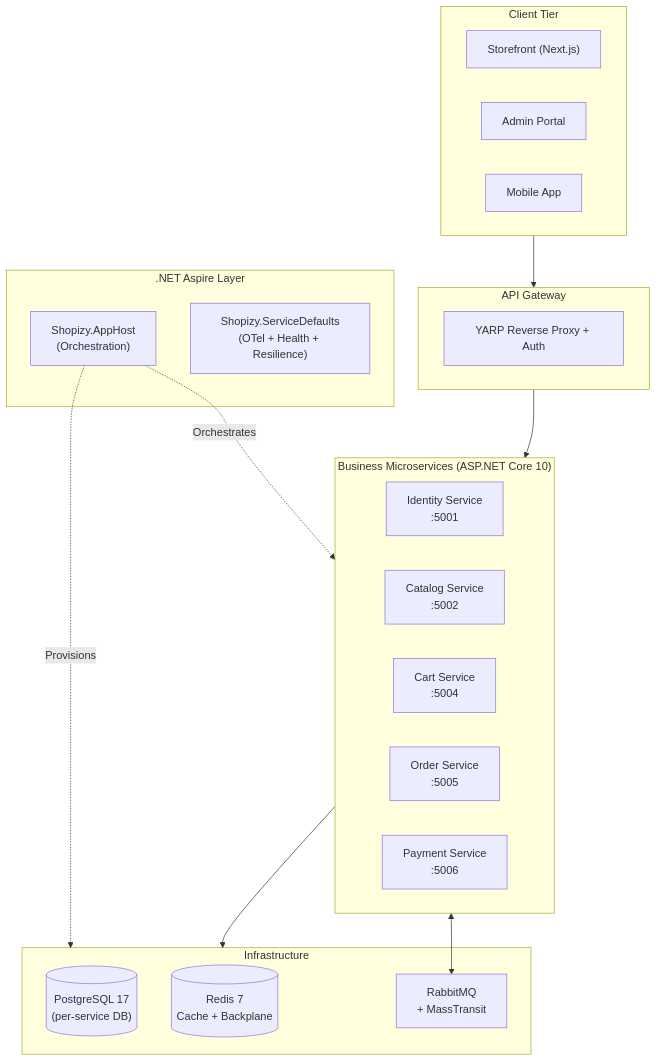
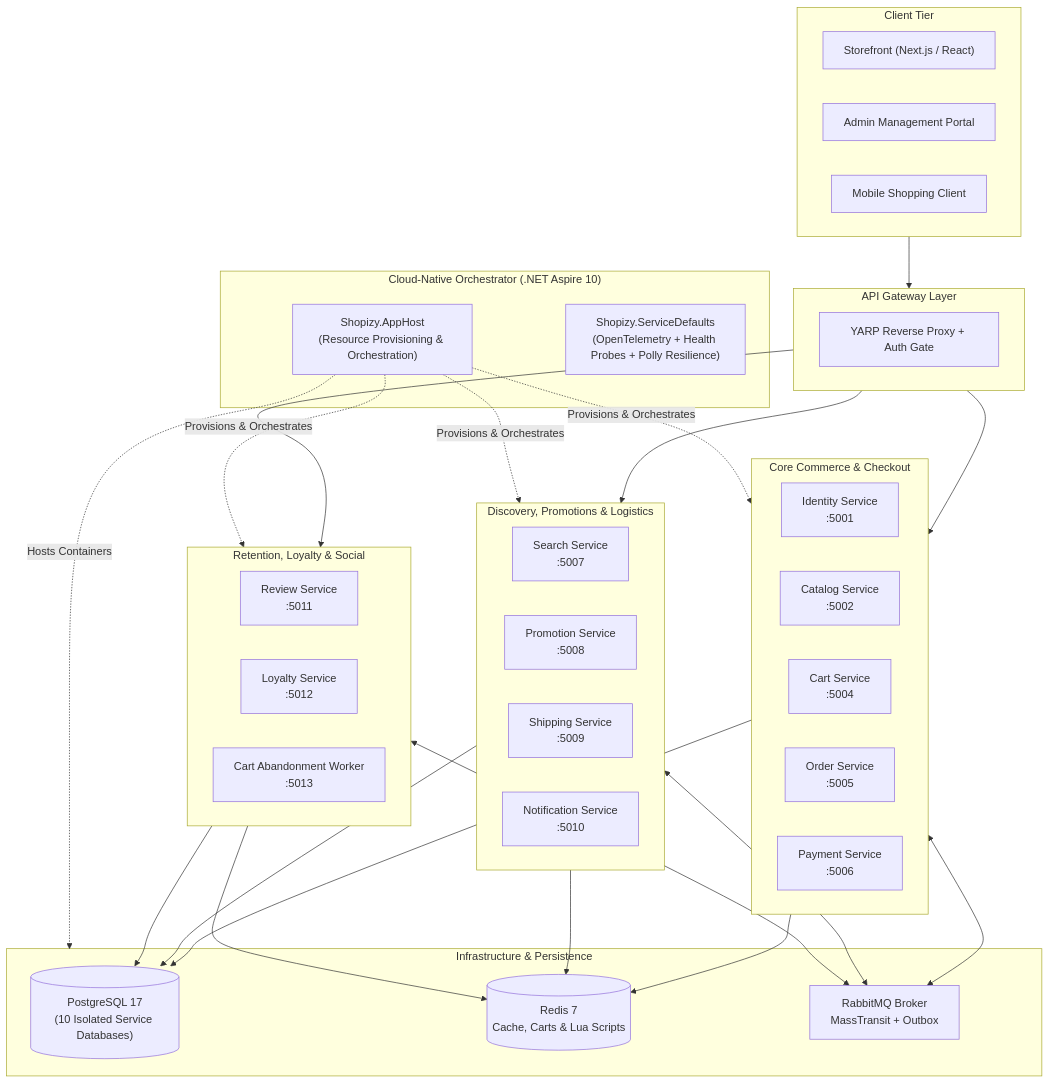
The diagram in README.md (akazad13/shopizy-microservice), drawn with Mermaid before and after one commit. The commit also changed other lines of this file and 1 other file, not shown here.

Commit message:
docs: rewrite README with full architecture overview and update documentation index

````diff
--- a/README.md
+++ b/README.md
@@ -61,37 +64,66 @@
 ```mermaid
 flowchart TD
     subgraph Clients["Client Tier"]
-        Web["Storefront (Next.js)"]
-        Admin["Admin Portal"]
-        Mobile["Mobile App"]
+        Storefront["Storefront (Next.js / React)"]
+        AdminPortal["Admin Management Portal"]
+        MobileClient["Mobile Shopping Client"]
     end
 
-    subgraph Edge["API Gateway"]
-        YARP["YARP Reverse Proxy + Auth"]
+    subgraph GatewayTier["API Gateway Layer"]
+        YARP["YARP Reverse Proxy + Auth Gate"]
     end
 
-    subgraph Services["Business Microservices (ASP.NET Core 10)"]
-        Auth["Identity Service\n:5001"]
+    subgraph CoreCommerce["Core Commerce & Checkout"]
+        Identity["Identity Service\n:5001"]
         Catalog["Catalog Service\n:5002"]
         Cart["Cart Service\n:5004"]
         Order["Order Service\n:5005"]
         Payment["Payment Service\n:5006"]
     end
 
-    subgraph Infra["Infrastructure"]
-        PG[("PostgreSQL 17\n(per-service DB)")]
-        Redis[("Redis 7\nCache + Backplane")]
-        RMQ["RabbitMQ\n+ MassTransit"]
+    subgraph DiscoveryOps["Discovery, Promotions & Logistics"]
+        Search["Search Service\n:5007"]
+        Promotion["Promotion Service\n:5008"]
+        Shipping["Shipping Service\n:5009"]
+        Notification["Notification Service\n:5010"]
     end
 
-    subgraph Aspire[".NET Aspire Layer"]
-        AppHost["Shopizy.AppHost\n(Orchestration)"]
-        Defaults["Shopizy.ServiceDefaults\n(OTel + Health + Resilience)"]
+    subgraph Retention["Retention, Loyalty & Social"]
+        Review["Review Service\n:5011"]
+        Loyalty["Loyalty Service\n:5012"]
+        Abandonment["Cart Abandonment Worker\n:5013"]
     end
 
-    Clients --> Edge --> Services
-    Services --> Infra
-    Services <--> RMQ
-    AppHost -.->|Orchestrates| Services
-    AppHost -.->|Provisions| Infra
+    subgraph Infrastructure["Infrastructure & Persistence"]
+        PG[("PostgreSQL 17\n(10 Isolated Service Databases)")]
+        Redis[("Redis 7\nCache, Carts & Lua Scripts")]
+        RMQ["RabbitMQ Broker\nMassTransit + Outbox"]
+    end
+
+    subgraph Aspire["Cloud-Native Orchestrator (.NET Aspire 10)"]
+        AppHost["Shopizy.AppHost\n(Resource Provisioning & Orchestration)"]
+        Defaults["Shopizy.ServiceDefaults\n(OpenTelemetry + Health Probes + Polly Resilience)"]
+    end
+
+    Clients --> GatewayTier
+    GatewayTier --> CoreCommerce
+    GatewayTier --> DiscoveryOps
+    GatewayTier --> Retention
+
+    CoreCommerce --> PG
+    CoreCommerce --> Redis
+    CoreCommerce <--> RMQ
+
+    DiscoveryOps --> PG
+    DiscoveryOps --> Redis
+    DiscoveryOps <--> RMQ
+
+    Retention --> PG
+    Retention --> Redis
+    Retention <--> RMQ
+
+    AppHost -.->|Provisions & Orchestrates| CoreCommerce
+    AppHost -.->|Provisions & Orchestrates| DiscoveryOps
+    AppHost -.->|Provisions & Orchestrates| Retention
+    AppHost -.->|Hosts Containers| Infrastructure
 ```
````
